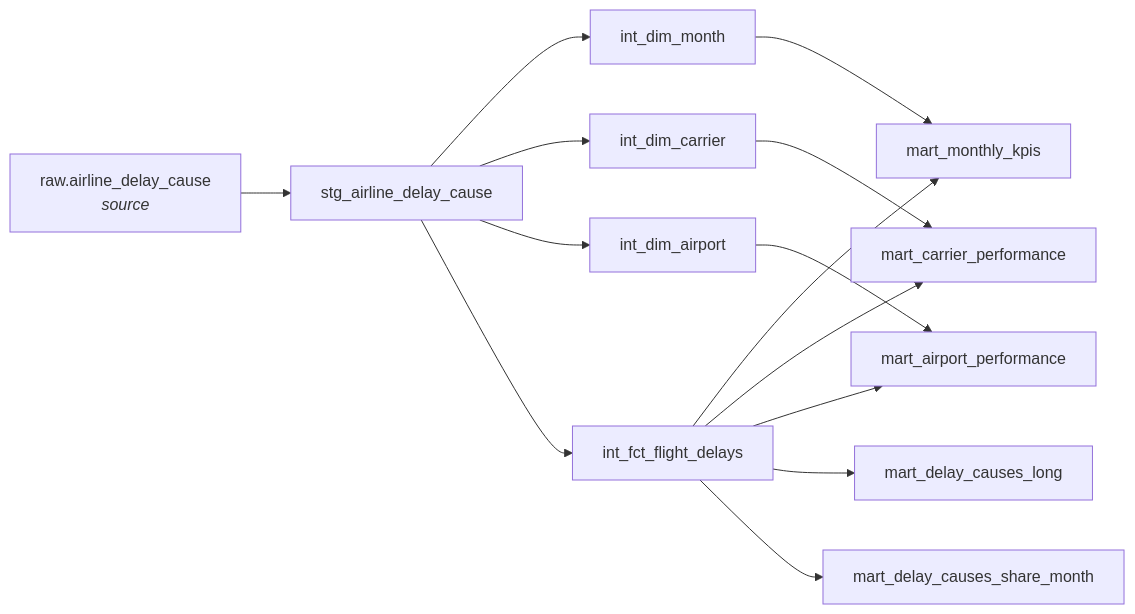
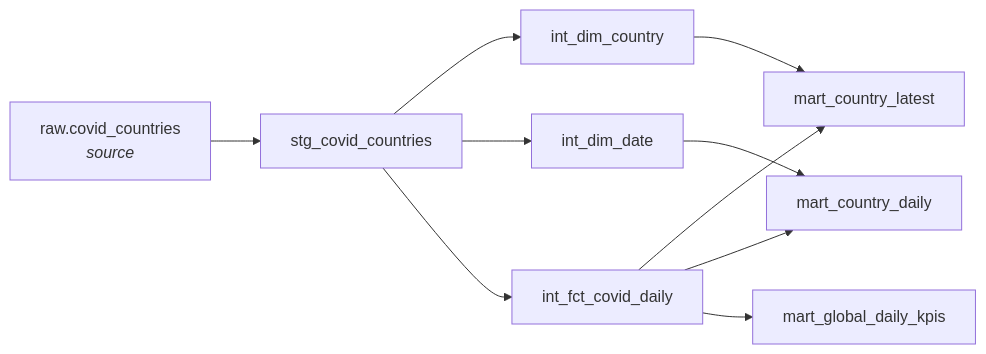
Before and after one commit to moraisazeredo/covid_etl_pipeline: the second of 3 diagrams in README.md, drawn with Mermaid. The commit also changed other lines of this file and 22 other files, not shown here.

````diff
--- a/README.md
+++ b/README.md
@@ -82,21 +86,16 @@
 ```mermaid
 flowchart LR
-    raw[raw.airline_delay_cause<br/><i>source</i>] --> stg[stg_airline_delay_cause]
+    raw[raw.covid_countries<br/><i>source</i>] --> stg[stg_covid_countries]
 
-    stg --> dim_month[int_dim_month]
-    stg --> dim_carrier[int_dim_carrier]
-    stg --> dim_airport[int_dim_airport]
-    stg --> fct[int_fct_flight_delays]
+    stg --> dim_country[int_dim_country]
+    stg --> dim_date[int_dim_date]
+    stg --> fct[int_fct_covid_daily]
 
-    fct --> kpis[mart_monthly_kpis]
-    dim_month --> kpis
+    fct --> latest[mart_country_latest]
+    dim_country --> latest
 
-    fct --> carrier_perf[mart_carrier_performance]
-    dim_carrier --> carrier_perf
+    fct --> daily[mart_country_daily]
+    dim_date --> daily
 
-    fct --> airport_perf[mart_airport_performance]
-    dim_airport --> airport_perf
-
-    fct --> causes_long[mart_delay_causes_long]
-    fct --> causes_share[mart_delay_causes_share_month]
+    fct --> global[mart_global_daily_kpis]
 ```
````
